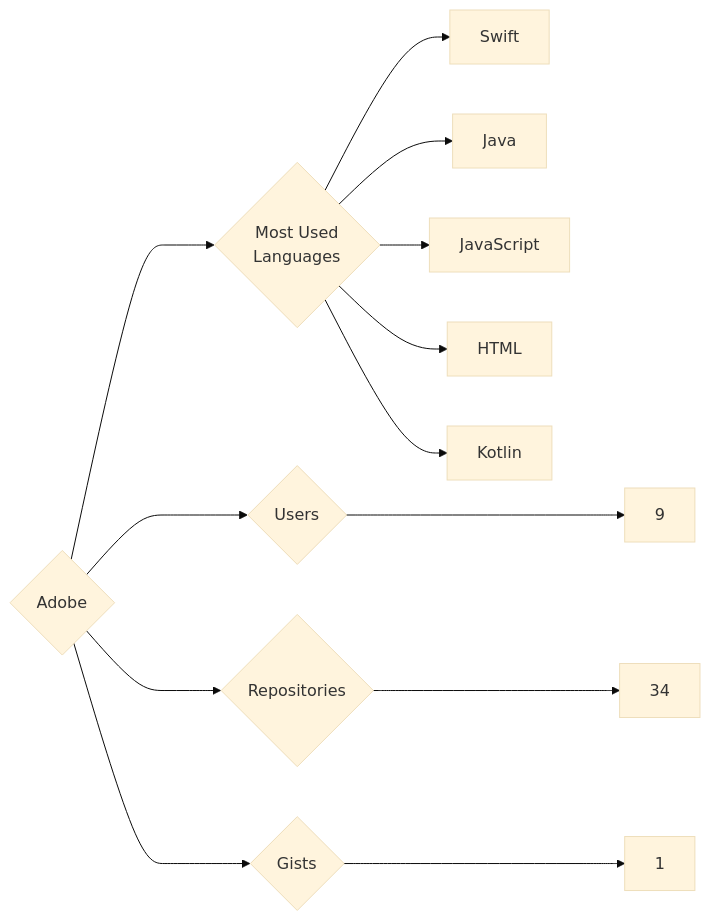
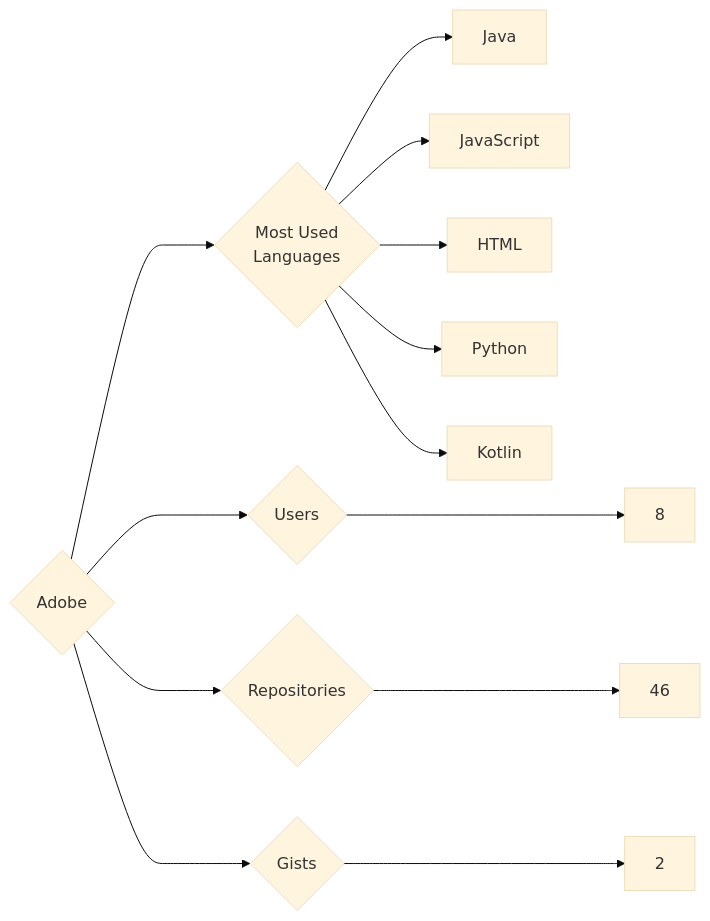
One commit to trickest/insiders changed the diagram in targets/Adobe/README.md. Above: the diagram before and after it, drawn with Mermaid (base theme). The commit also changed 724 other files, not shown here.

````diff
--- a/targets/Adobe/README.md
+++ b/targets/Adobe/README.md
@@ -3,13 +3,13 @@
 ```mermaid
 graph LR
 COMPANY_NAME{Adobe}
-COMPANY_NAME ---> U{Users} ---> UN[9]
-COMPANY_NAME ---> R{Repositories} ---> RN[34]
-COMPANY_NAME ---> G{Gists} ---> GN[1]
+COMPANY_NAME ---> U{Users} ---> UN[8]
+COMPANY_NAME ---> R{Repositories} ---> RN[46]
+COMPANY_NAME ---> G{Gists} ---> GN[2]
 COMPANY_NAME ---> ML{Most Used<br>Languages}
-ML --> Swift[Swift]
 ML --> Java[Java]
 ML --> JavaScript[JavaScript]
 ML --> HTML[HTML]
+ML --> Python[Python]
 ML --> Kotlin[Kotlin]
 ```
````
